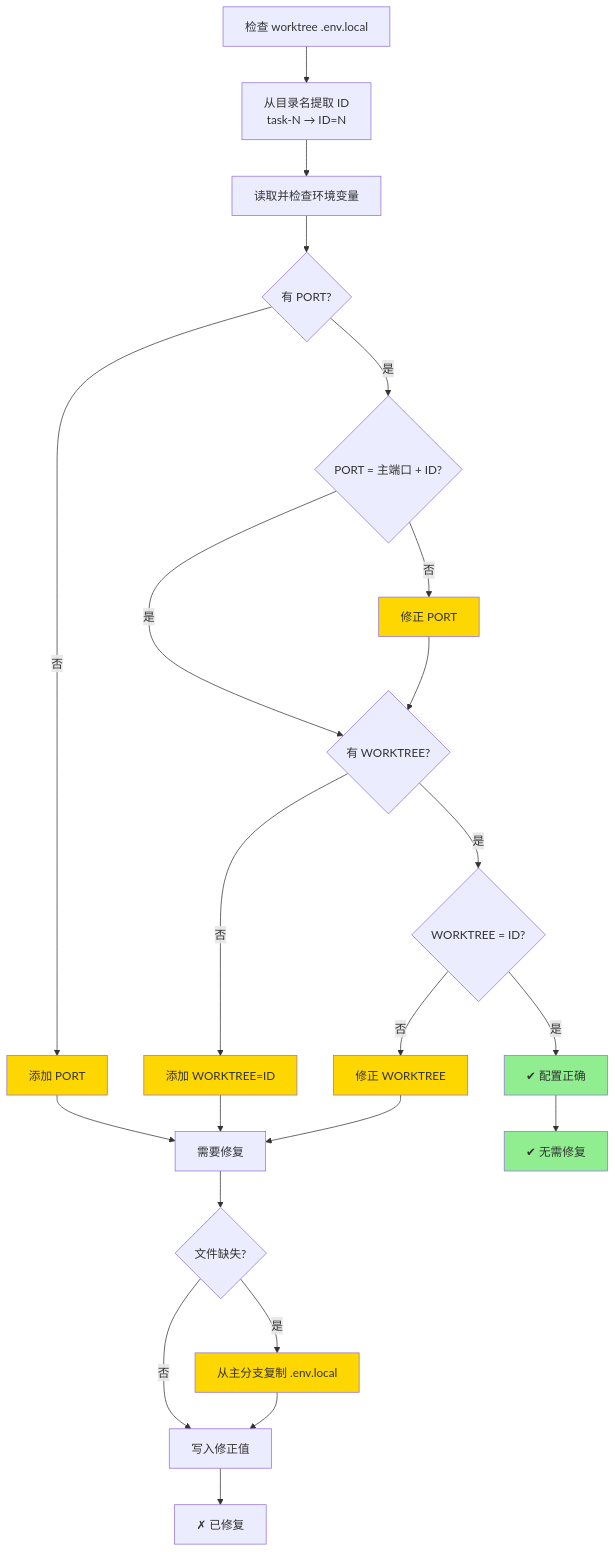
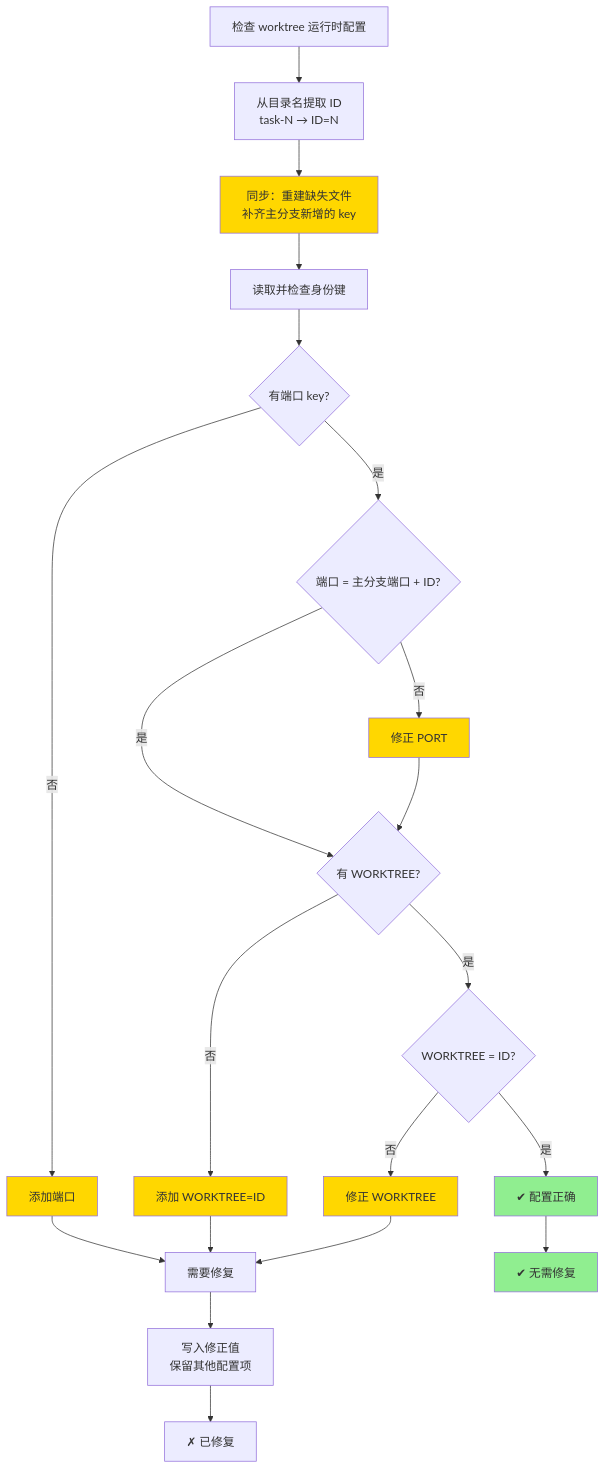
Before and after one commit to colin-han/colyn: the third of 4 diagrams in docs/zh-CN/develop/design/commands/design-repair-command.md, drawn with Mermaid. The commit also changed other lines of this file and 18 other files, not shown here.

````diff
--- a/docs/zh-CN/develop/design/commands/design-repair-command.md
+++ b/docs/zh-CN/develop/design/commands/design-repair-command.md
@@ -250,40 +261,38 @@
 ```mermaid
 graph TD
-    Start[检查 worktree .env.local] --> GetID[从目录名提取 ID<br/>task-N → ID=N]
+    Start[检查 worktree 运行时配置] --> GetID[从目录名提取 ID<br/>task-N → ID=N]
 
-    GetID --> CheckVars[读取并检查环境变量]
+    GetID --> Sync[同步：重建缺失文件<br/>补齐主分支新增的 key]
+    Sync --> CheckVars[读取并检查身份键]
 
-    CheckVars --> HasPort{有 PORT?}
-    HasPort -->|否| AddPort[添加 PORT]
-    HasPort -->|是| PortCorrect{PORT = 主端口 + ID?}
+    CheckVars --> HasPort{有端口 key?}
+    HasPort -->|否| AddPort[添加端口]
+    HasPort -->|是| PortCorrect{端口 = 主分支端口 + ID?}
 
     PortCorrect -->|否| FixPort[修正 PORT]
     PortCorrect -->|是| HasWT{有 WORKTREE?}
 
     AddPort --> NeedFix
     FixPort --> HasWT
 
     HasWT -->|否| AddWT[添加 WORKTREE=ID]
     HasWT -->|是| WTCorrect{WORKTREE = ID?}
 
     WTCorrect -->|否| FixWT[修正 WORKTREE]
     WTCorrect -->|是| AllOK[✔ 配置正确]
 
     AddWT --> NeedFix
     FixWT --> NeedFix
 
-    NeedFix[需要修复] --> FileMissing{文件缺失?}
-    FileMissing -->|是| CopyFromMain[从主分支复制 .env.local]
-    FileMissing -->|否| WriteFix[写入修正值]
-    CopyFromMain --> WriteFix
+    NeedFix[需要修复] --> WriteFix[写入修正值<br/>保留其他配置项]
     WriteFix --> End[✗ 已修复]
     AllOK --> End2[✔ 无需修复]
 
     style AddPort fill:#FFD700
     style FixPort fill:#FFD700
     style AddWT fill:#FFD700
     style FixWT fill:#FFD700
-    style CopyFromMain fill:#FFD700
+    style Sync fill:#FFD700
     style AllOK fill:#90EE90
     style End2 fill:#90EE90
 ```
````
